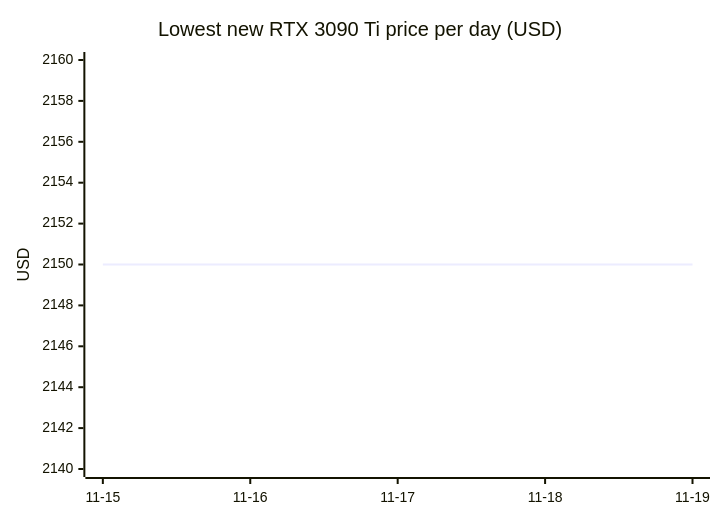
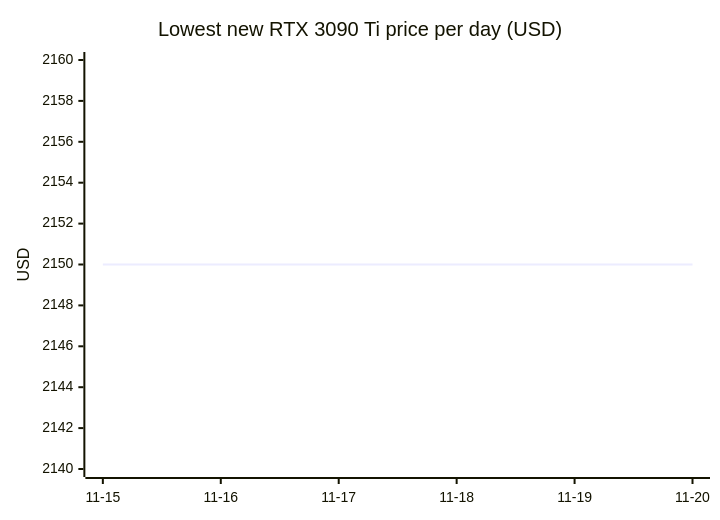
One commit to 7324136828/4tb_ssd_price_watch changed the eighth of 18 diagrams in README.md. Above: the diagram before and after it, drawn with Mermaid. The commit also changed other lines of this file, not shown here.

````diff
--- a/README.md
+++ b/README.md
@@ -738,7 +774,7 @@
 ```mermaid
 xychart-beta
     title "Lowest new RTX 3090 Ti price per day (USD)"
-    x-axis ["11-15", "11-16", "11-17", "11-18", "11-19"]
+    x-axis ["11-15", "11-16", "11-17", "11-18", "11-19", "11-20"]
     y-axis "USD" 2140 --> 2160
-    line [2150.00, 2150.00, 2150.00, 2150.00, 2150.00]
+    line [2150.00, 2150.00, 2150.00, 2150.00, 2150.00, 2150.00]
 ```
````
